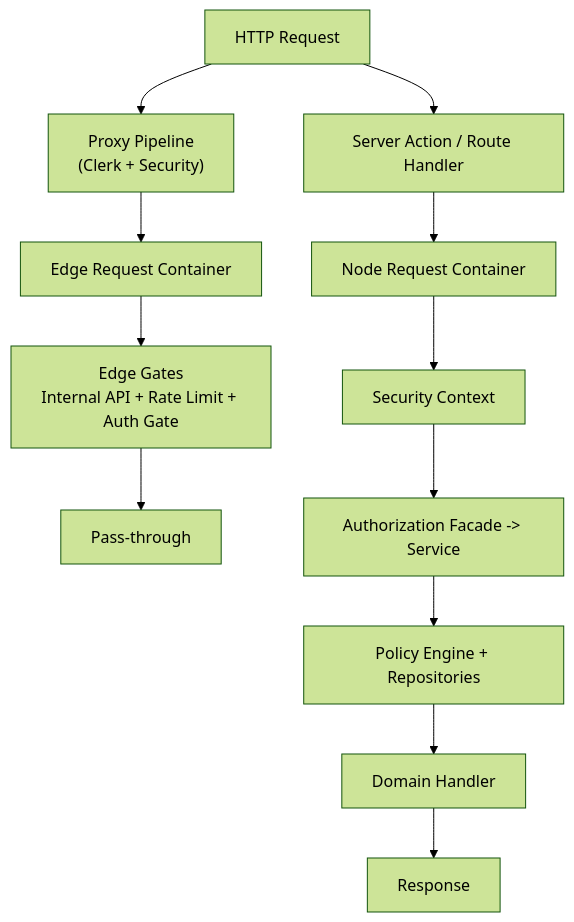
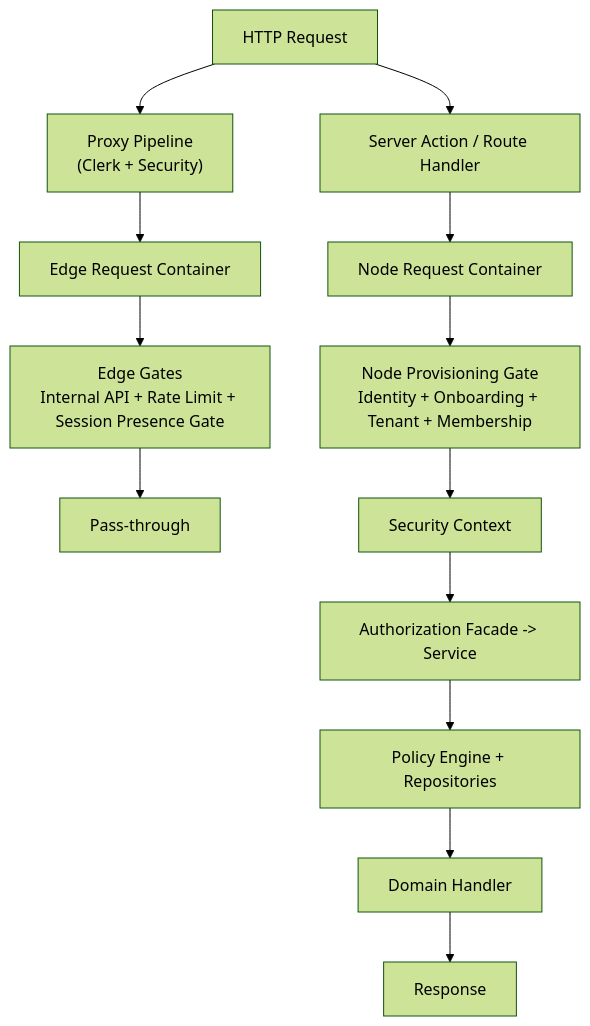
One commit to wmitrus/nextjs-16-boilerplate changed the diagram in docs/architecture/03 – Request Lifecycle.md. Above: the diagram before and after it, drawn with Mermaid (forest theme).

Commit message:
docs(architecture): update request lifecycle diagram for clarity
- Change "Auth Gate" to "Session Presence Gate" in Edge Gates
- Update Node Gate description for better understanding

````diff
--- a/docs/architecture/03 – Request Lifecycle.md
+++ b/docs/architecture/03 – Request Lifecycle.md
@@ -3,25 +3,26 @@
 ```mermaid
 flowchart TD
 
 Req["HTTP Request"]
 Proxy["Proxy Pipeline\n(Clerk + Security)"]
 
 EdgeC["Edge Request Container"]
-EdgeGates["Edge Gates\nInternal API + Rate Limit + Auth Gate"]
+EdgeGates["Edge Gates\nInternal API + Rate Limit + Session Presence Gate"]
 Pass["Pass-through"]
 
 NodeEntry["Server Action / Route Handler"]
 NodeC["Node Request Container"]
+NodeGate["Node Provisioning Gate\nIdentity + Onboarding + Tenant + Membership"]
 
 Ctx["Security Context"]
 Authz["Authorization Facade -> Service"]
 Policy["Policy Engine + Repositories"]
 Domain["Domain Handler"]
 Res["Response"]
 
 Req --> Proxy --> EdgeC --> EdgeGates --> Pass
 
-Req --> NodeEntry --> NodeC --> Ctx
+Req --> NodeEntry --> NodeC --> NodeGate --> Ctx
 
 Ctx --> Authz --> Policy --> Domain --> Res
 ```
````
